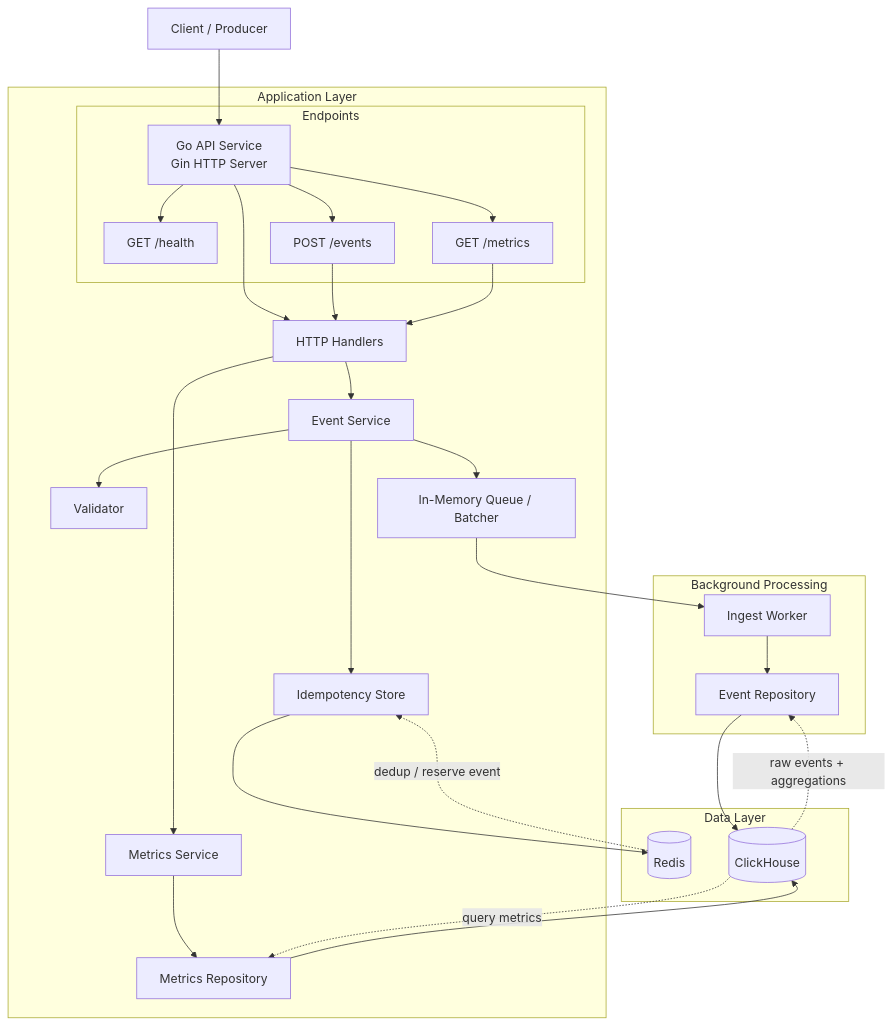
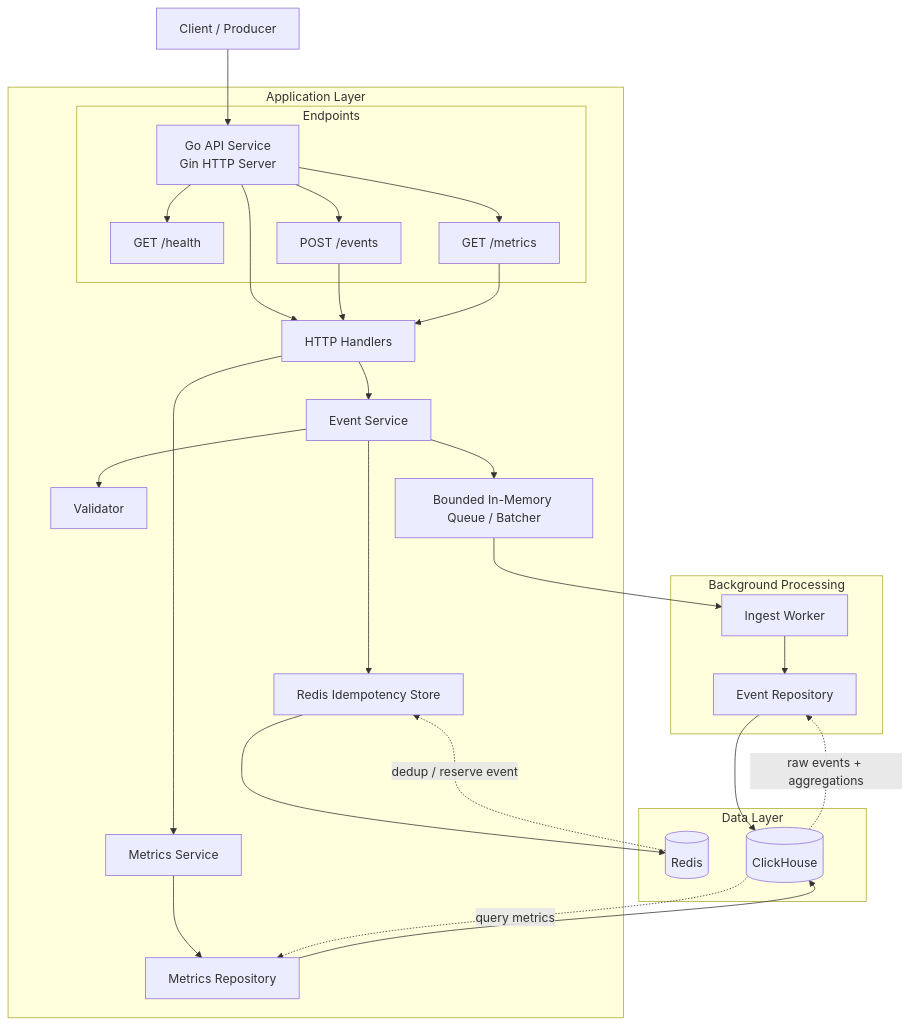
Before and after one commit to okanaslan/insider-one-case: the diagram in README.md, drawn with Mermaid. The commit also changed other lines of this file and 5 other files, not shown here.

````diff
--- a/README.md
+++ b/README.md
@@ -98,38 +173,38 @@
 ``` mermaid
 flowchart TD
     C[Client / Producer] --> A[Go API Service<br/>Gin HTTP Server]
 
     subgraph API[Application Layer]
         A --> H[HTTP Handlers]
         H --> S1[Event Service]
         H --> S2[Metrics Service]
         S1 --> V[Validator]
-        S1 --> I[Idempotency Store]
-        S1 --> Q[In-Memory Queue / Batcher]
+        S1 --> I[Redis Idempotency Store]
+        S1 --> Q[Bounded In-Memory Queue / Batcher]
         S2 --> R2[Metrics Repository]
         subgraph Endpoints[Endpoints]
             A --> HEALTH[GET /health]
             A --> EVENTS[POST /events]
             A --> METRICS[GET /metrics]
         end
     end
 
     subgraph BG[Background Processing]
         Q --> W[Ingest Worker]
         W --> R1[Event Repository]
     end
 
     subgraph DATA[Data Layer]
         I --> REDIS[(Redis)]
         R1 --> CH[(ClickHouse)]
         R2 --> CH
     end
 
 
     EVENTS --> H
     METRICS --> H
 
     REDIS -. dedup / reserve event .-> I
     CH -. raw events + aggregations .-> R1
     CH -. query metrics .-> R2
 ```
````
